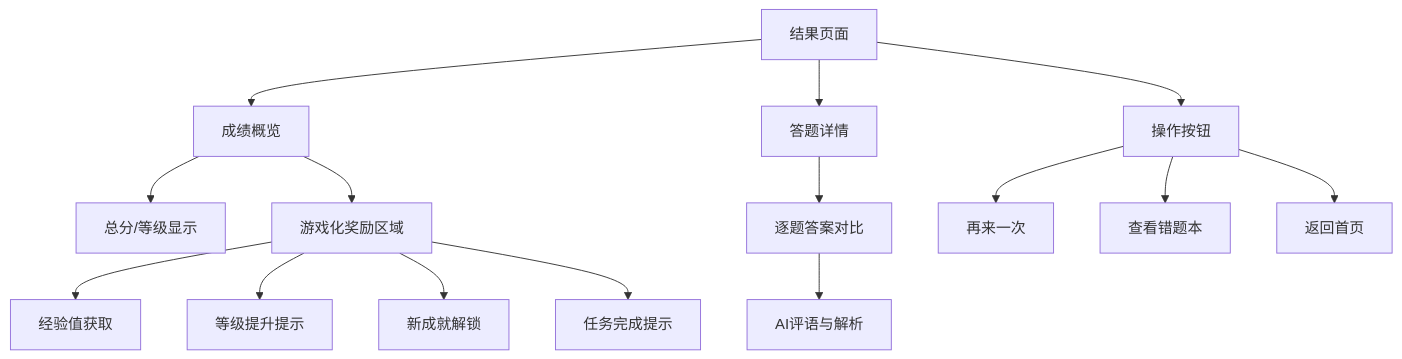
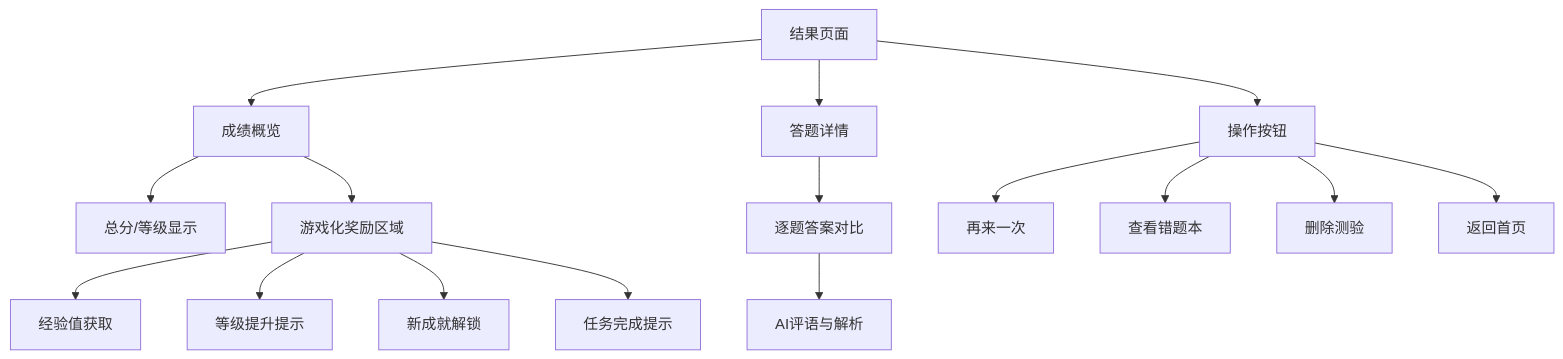
Before and after one commit to zhiwenli-jack/personal-learning-manager: the fourth of 9 diagrams in .qoder/repowiki/zh/content/前端应用架构/视图组件/测验系统组件.md, drawn with Mermaid. The commit also changed other lines of this file and 12 other files, not shown here.

````diff
--- a/.qoder/repowiki/zh/content/前端应用架构/视图组件/测验系统组件.md
+++ b/.qoder/repowiki/zh/content/前端应用架构/视图组件/测验系统组件.md
@@ -265,17 +274,18 @@
 ```mermaid
 flowchart TD
 ResultPage["结果页面"] --> Summary["成绩概览"]
 Summary --> Score["总分/等级显示"]
 Summary --> Gamification["游戏化奖励区域"]
 Gamification --> EXP["经验值获取"]
 Gamification --> LevelUp["等级提升提示"]
 Gamification --> Achievements["新成就解锁"]
 Gamification --> Tasks["任务完成提示"]
 ResultPage --> Details["答题详情"]
 Details --> Answers["逐题答案对比"]
 Answers --> Feedback["AI评语与解析"]
 ResultPage --> Actions["操作按钮"]
 Actions --> Again["再来一次"]
 Actions --> Mistakes["查看错题本"]
+Actions --> Delete["删除测验"]
 Actions --> Home["返回首页"]
 ```
````
